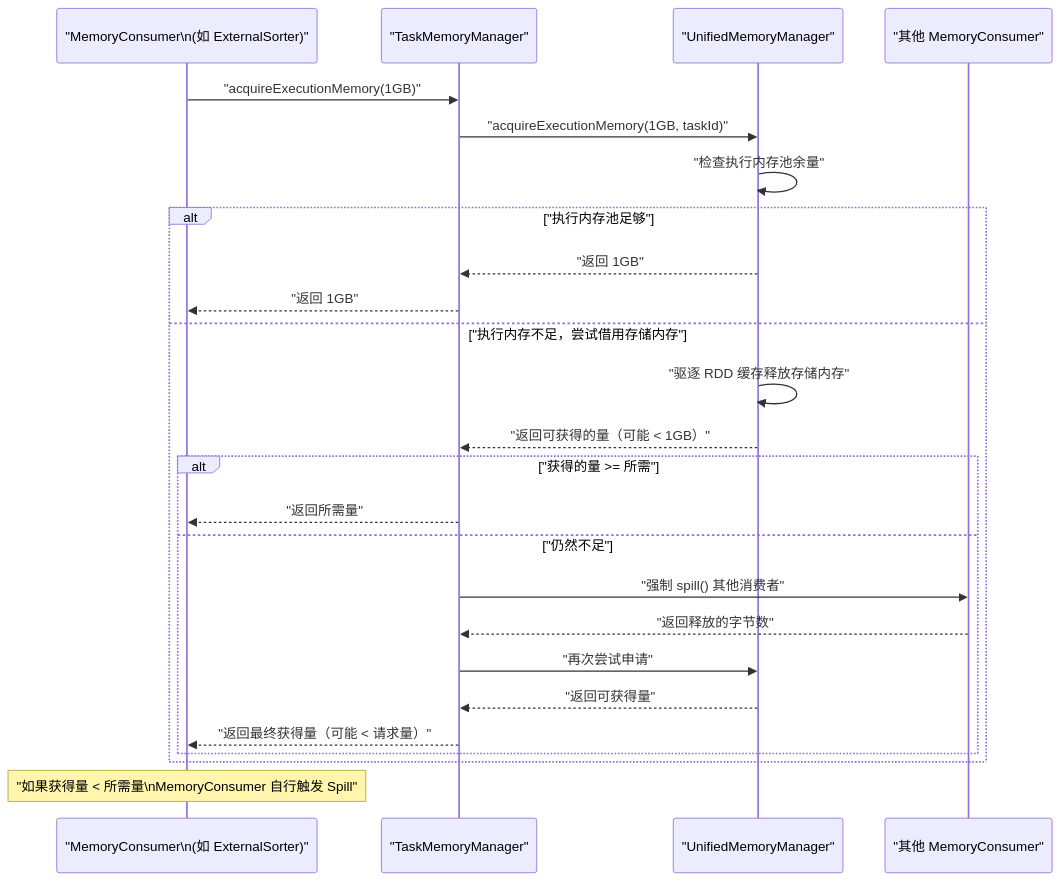
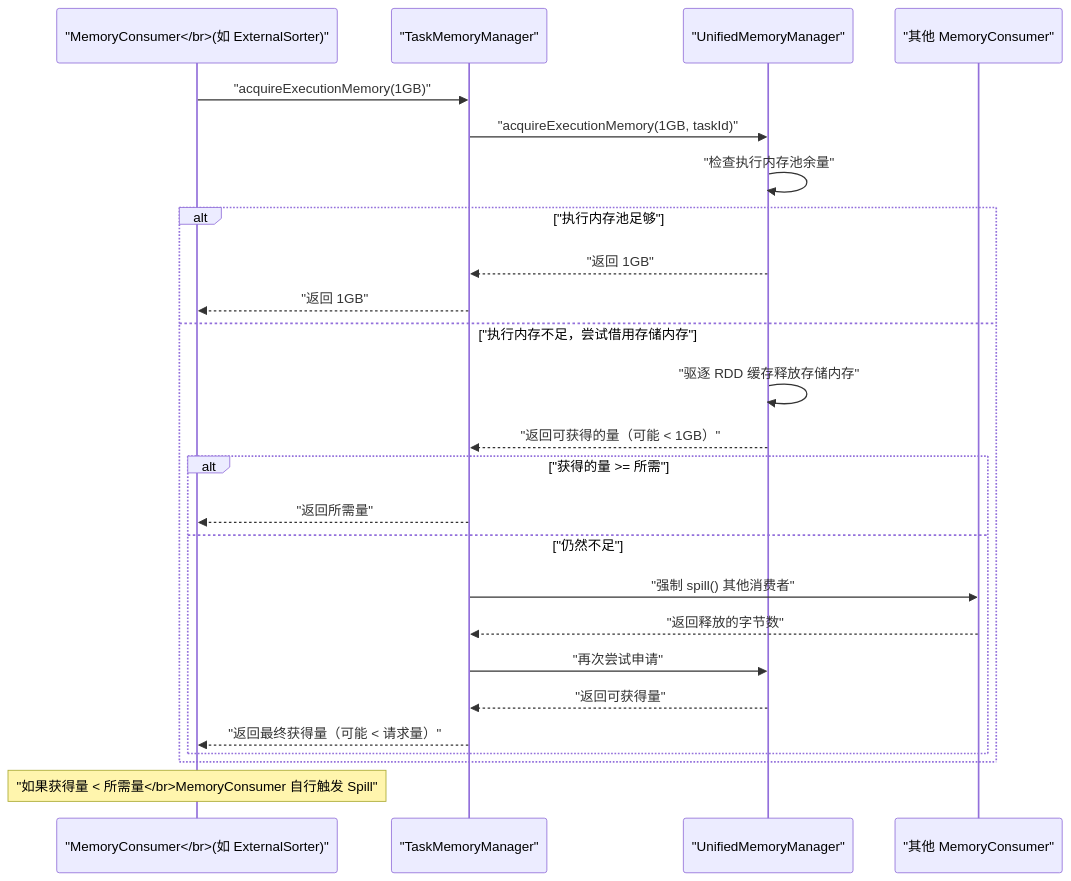
Before and after one commit to hpliStartAgain/my-brain: the second of 2 diagrams in content/大数据/Spark/Spark-Shuffle与内存管理机制深度解析/06 Spark 统一内存管理模型.md, drawn with Mermaid. The commit also changed other lines of this file and 202 other files, not shown here.

````diff
--- a/content/大数据/Spark/Spark-Shuffle与内存管理机制深度解析/06 Spark 统一内存管理模型.md
+++ b/content/大数据/Spark/Spark-Shuffle与内存管理机制深度解析/06 Spark 统一内存管理模型.md
@@ -264,29 +264,29 @@
 ```mermaid
 %%{init: {"theme": "dracula", "themeVariables": {"primaryColor": "#6272a4", "primaryTextColor": "#f8f8f2", "primaryBorderColor": "#bd93f9", "lineColor": "#ff79c6", "secondaryColor": "#44475a", "tertiaryColor": "#282a36"}}}%%
 sequenceDiagram
-    participant MC as "MemoryConsumer\n(如 ExternalSorter)"
+    participant MC as "MemoryConsumer</br>(如 ExternalSorter)"
     participant TMM as "TaskMemoryManager"
     participant UMM as "UnifiedMemoryManager"
     participant OC as "其他 MemoryConsumer"
 
     MC->>TMM: "acquireExecutionMemory(1GB)"
     TMM->>UMM: "acquireExecutionMemory(1GB, taskId)"
     UMM->>UMM: "检查执行内存池余量"
     alt "执行内存池足够"
         UMM-->>TMM: "返回 1GB"
         TMM-->>MC: "返回 1GB"
     else "执行内存不足，尝试借用存储内存"
         UMM->>UMM: "驱逐 RDD 缓存释放存储内存"
         UMM-->>TMM: "返回可获得的量（可能 < 1GB）"
         alt "获得的量 >= 所需"
             TMM-->>MC: "返回所需量"
         else "仍然不足"
             TMM->>OC: "强制 spill() 其他消费者"
             OC-->>TMM: "返回释放的字节数"
             TMM->>UMM: "再次尝试申请"
             UMM-->>TMM: "返回可获得量"
             TMM-->>MC: "返回最终获得量（可能 < 请求量）"
         end
     end
-    Note over MC: "如果获得量 < 所需量\nMemoryConsumer 自行触发 Spill"
+    Note over MC: "如果获得量 < 所需量</br>MemoryConsumer 自行触发 Spill"
 ```
````
